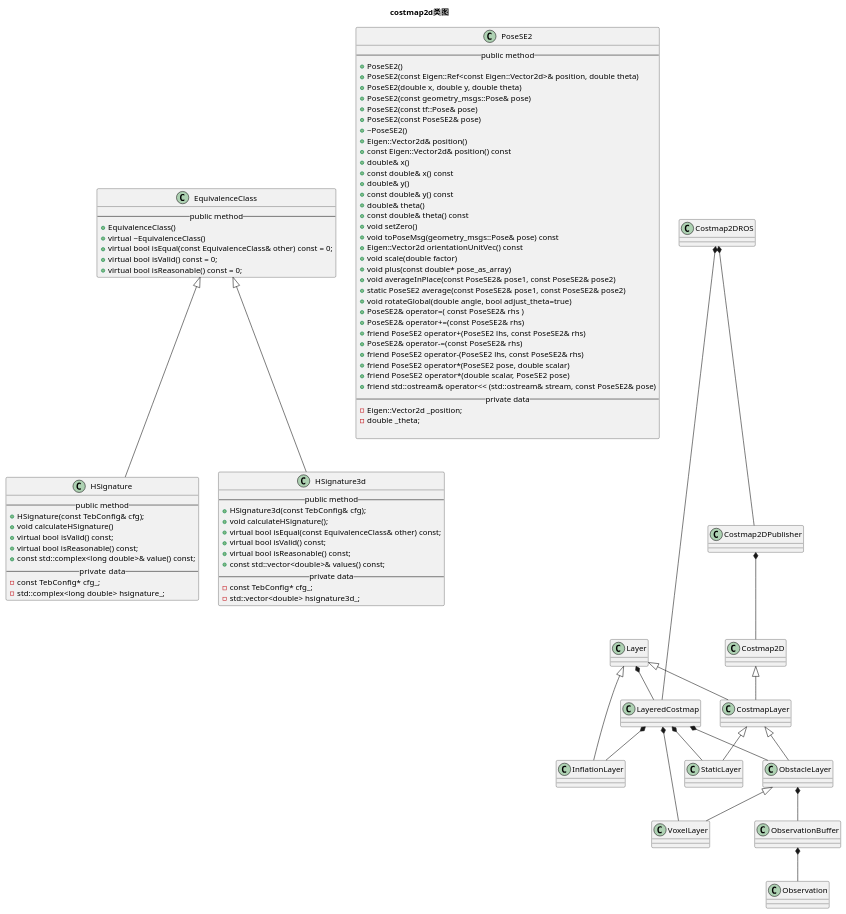
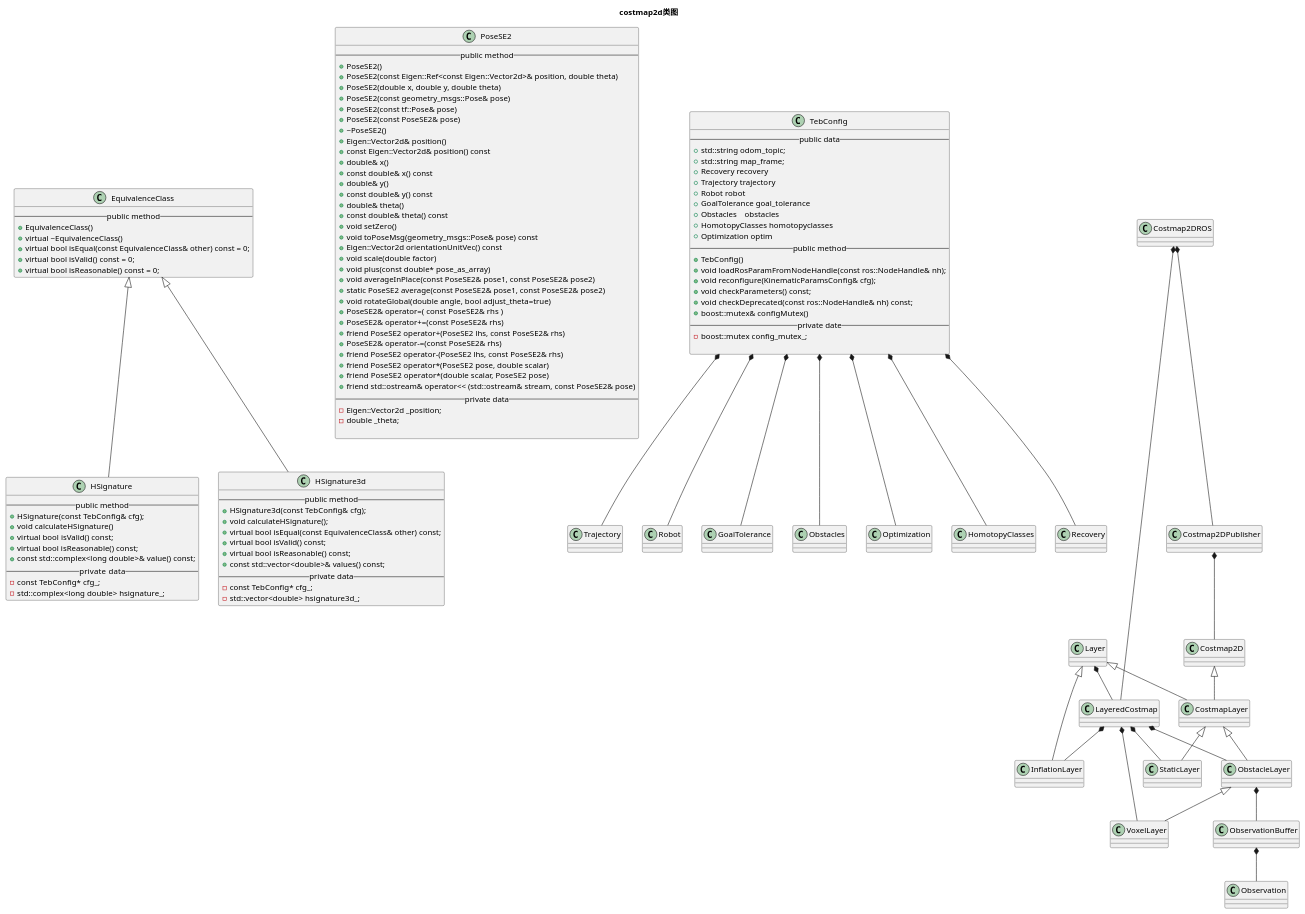
The diagram in ros/umlresource/teb/teb_local_planner.puml (cf-zhang/documents), drawn with PlantUML before and after one commit. The commit also changed 1 other file, not shown here.

```diff
--- a/ros/umlresource/teb/teb_local_planner.puml
+++ b/ros/umlresource/teb/teb_local_planner.puml
@@ -1,116 +1,159 @@
 @startuml
 Title "costmap2d类图"
 
 class EquivalenceClass
 {
 -- public method --
    +EquivalenceClass()
    +virtual ~EquivalenceClass()
    +virtual bool isEqual(const EquivalenceClass& other) const = 0;
    +virtual bool isValid() const = 0;
    +virtual bool isReasonable() const = 0;
 }
 
 
 
 class PoseSE2
 {
 -- public method --
   +PoseSE2()
   +PoseSE2(const Eigen::Ref<const Eigen::Vector2d>& position, double theta)
   +PoseSE2(double x, double y, double theta)
   +PoseSE2(const geometry_msgs::Pose& pose)
   +PoseSE2(const tf::Pose& pose)
   +PoseSE2(const PoseSE2& pose)
   +~PoseSE2()
   +Eigen::Vector2d& position()
   +const Eigen::Vector2d& position() const
   +double& x()
   +const double& x() const
   +double& y()
   +const double& y() const
   +double& theta()
   +const double& theta() const
   +void setZero()
   +void toPoseMsg(geometry_msgs::Pose& pose) const
   +Eigen::Vector2d orientationUnitVec() const
   +void scale(double factor)
   +void plus(const double* pose_as_array)
   +void averageInPlace(const PoseSE2& pose1, const PoseSE2& pose2)
   +static PoseSE2 average(const PoseSE2& pose1, const PoseSE2& pose2)
   +void rotateGlobal(double angle, bool adjust_theta=true)
   +PoseSE2& operator=( const PoseSE2& rhs )
   +PoseSE2& operator+=(const PoseSE2& rhs)
   +friend PoseSE2 operator+(PoseSE2 lhs, const PoseSE2& rhs)
   +PoseSE2& operator-=(const PoseSE2& rhs)
   +friend PoseSE2 operator-(PoseSE2 lhs, const PoseSE2& rhs)
   +friend PoseSE2 operator*(PoseSE2 pose, double scalar)
   +friend PoseSE2 operator*(double scalar, PoseSE2 pose)
   +friend std::ostream& operator<< (std::ostream& stream, const PoseSE2& pose)
 -- private data --
   -Eigen::Vector2d _position;
   -double _theta;
 
 }
 
 
 
 class HSignature
 {
 -- public method --
   +HSignature(const TebConfig& cfg);
   +void calculateHSignature()
   +virtual bool isValid() const;
   +virtual bool isReasonable() const;
   +const std::complex<long double>& value() const;
 -- private  data --
   -const TebConfig* cfg_;
   -std::complex<long double> hsignature_;
 }
 
 class HSignature3d
 {
 --public method --
   +HSignature3d(const TebConfig& cfg);
   +void calculateHSignature();
   +virtual bool isEqual(const EquivalenceClass& other) const;
   +virtual bool isValid() const;
   +virtual bool isReasonable() const;
   +const std::vector<double>& values() const;
 -- private data --
   -const TebConfig* cfg_;
   -std::vector<double> hsignature3d_;
 }
 
 
 
+class Trajectory
+class Robot
+class GoalTolerance
+class Obstacles
+class Optimization
+class HomotopyClasses
+class Recovery
+
+class TebConfig
+{
+--public data --
+  +std::string odom_topic;
+  +std::string map_frame;
+  +Recovery recovery
+  +Trajectory trajectory
+  +Robot robot
+  +GoalTolerance goal_tolerance
+  +Obstacles　obstacles
+  +HomotopyClasses homotopyclasses
+  +Optimization optim
+-- public method --
+  +TebConfig()
+  +void loadRosParamFromNodeHandle(const ros::NodeHandle& nh);
+  +void reconfigure(KinematicParamsConfig& cfg);
+  +void checkParameters() const;
+  +void checkDeprecated(const ros::NodeHandle& nh) const;
+  +boost::mutex& configMutex()
+-- private date --
+  -boost::mutex config_mutex_;
+
+}
+
+
+
+
+
 EquivalenceClass <|-- HSignature
 EquivalenceClass <|-- HSignature3d
 
 
+TebConfig *-- Recovery
+TebConfig *-- Trajectory
+TebConfig *-- Robot
+TebConfig *-- GoalTolerance
+TebConfig *-- Obstacles
+TebConfig *-- HomotopyClasses
+TebConfig *-- Optimization
 
 
 
 
 
 Costmap2DROS *-- Costmap2DPublisher
 Costmap2DROS *-- LayeredCostmap
 Costmap2DPublisher *-- Costmap2D
 Layer *-- LayeredCostmap
 LayeredCostmap *-- InflationLayer
 LayeredCostmap *-- ObstacleLayer
 LayeredCostmap *-- StaticLayer
 LayeredCostmap *-- VoxelLayer
 
 ObstacleLayer *-- ObservationBuffer
 ObservationBuffer *-- Observation
 Layer <|-- InflationLayer
 
 CostmapLayer <|-- StaticLayer
 Costmap2D <|-- CostmapLayer
 Layer <|-- CostmapLayer
 CostmapLayer <|-- ObstacleLayer
 ObstacleLayer <|-- VoxelLayer
 
 
 @enduml
```
